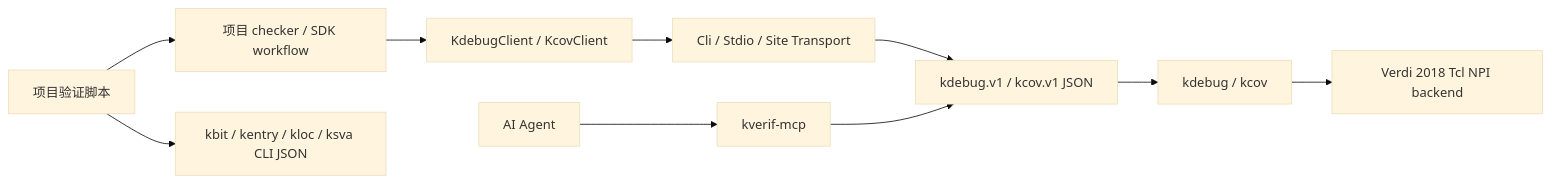
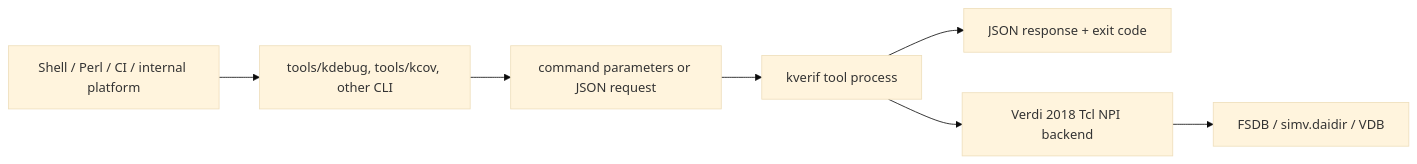
Before and after one commit to ysyx-22040210-yudian/xverif: the first of 2 diagrams in doc/secondary_development_guide.md, drawn with Mermaid (base theme). The commit also changed other lines of this file and 31 other files, not shown here.

````diff
--- a/doc/secondary_development_guide.md
+++ b/doc/secondary_development_guide.md
@@ -42,12 +37,9 @@
 ```mermaid
 flowchart LR
-    Project["项目验证脚本"] --> Workflow["项目 checker / SDK workflow"]
-    Workflow --> Client["KdebugClient / KcovClient"]
-    Client --> Transport["Cli / Stdio / Site Transport"]
-    Transport --> Protocol["kdebug.v1 / kcov.v1 JSON"]
-    Protocol --> Tool["kdebug / kcov"]
+    Script["Shell / Perl / CI / internal platform"] --> Command["tools/kdebug, tools/kcov, other CLI"]
+    Command --> Params["command parameters or JSON request"]
+    Params --> Tool["kverif tool process"]
+    Tool --> Json["JSON response + exit code"]
     Tool --> Tcl["Verdi 2018 Tcl NPI backend"]
-    Project --> Stateless["kbit / kentry / kloc / ksva CLI JSON"]
-    Agent["AI Agent"] --> MCP["kverif-mcp"]
-    MCP --> Protocol
+    Tcl --> DB["FSDB / simv.daidir / VDB"]
 ```
````
